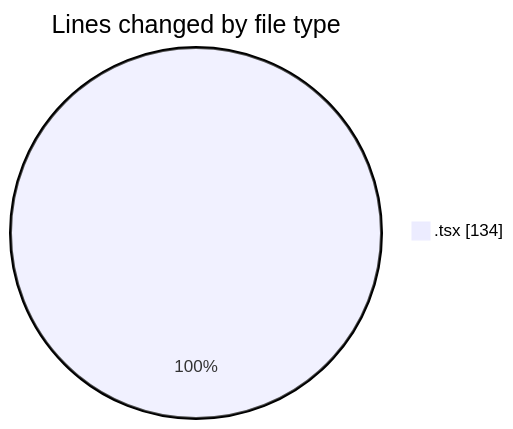
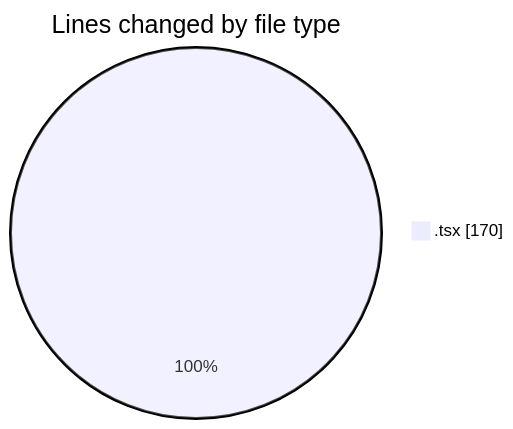
One commit to nxtqubesakshisongat/code-tracking changed the first of 2 diagrams in 2026-07-10/nxtqube_webapp/README.md. Above: the diagram before and after it, drawn with Mermaid. The commit also changed other lines of this file and 1 other file, not shown here.

````diff
--- a/2026-07-10/nxtqube_webapp/README.md
+++ b/2026-07-10/nxtqube_webapp/README.md
@@ -22,5 +22,5 @@
 ```mermaid
 pie showData
 title Lines changed by file type
-".tsx" : 134
+".tsx" : 170
 ```
````
